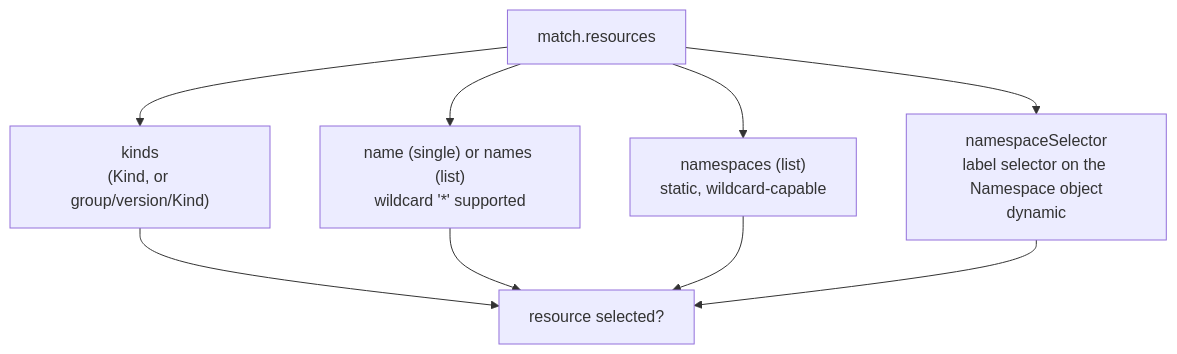
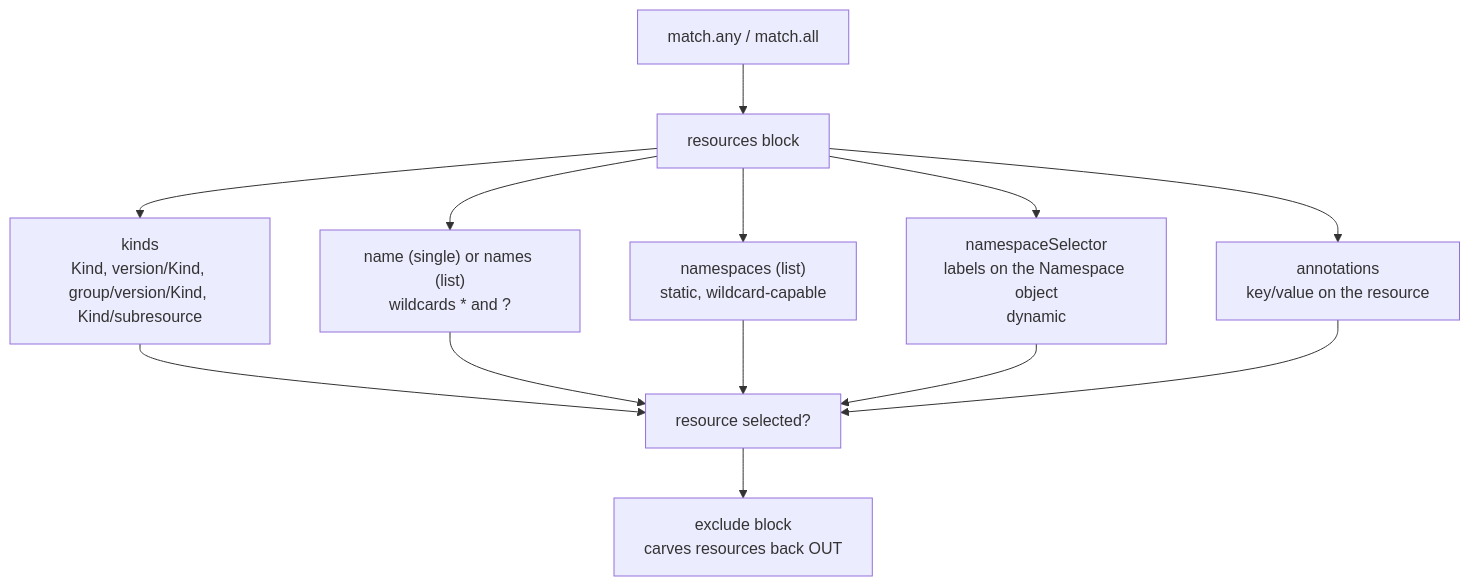
One commit to astrona-io/ATS010 changed the diagram in sections/section-020/module-01/course.md. Above: the diagram before and after it, drawn with Mermaid. The commit also changed other lines of this file and 388 other files, not shown here.

````diff
--- a/sections/section-020/module-01/course.md
+++ b/sections/section-020/module-01/course.md
@@ -7,11 +9,15 @@
 ```mermaid
 flowchart TD
-    A["match.resources"] --> B["kinds<br/>(Kind, or group/version/Kind)"]
-    A --> C["name (single) or names (list)<br/>wildcard '*' supported"]
-    A --> D["namespaces (list)<br/>static, wildcard-capable"]
-    A --> E["namespaceSelector<br/>label selector on the Namespace object<br/>dynamic"]
+    A["match.any / match.all"] --> R["resources block"]
+    R --> B["kinds<br/>Kind, version/Kind, group/version/Kind, Kind/subresource"]
+    R --> C["name (single) or names (list)<br/>wildcards * and ?"]
+    R --> D["namespaces (list)<br/>static, wildcard-capable"]
+    R --> E["namespaceSelector<br/>labels on the Namespace object<br/>dynamic"]
+    R --> G["annotations<br/>key/value on the resource"]
     B --> F["resource selected?"]
     C --> F
     D --> F
     E --> F
+    G --> F
+    F --> X["exclude block<br/>carves resources back OUT"]
 ```
````
